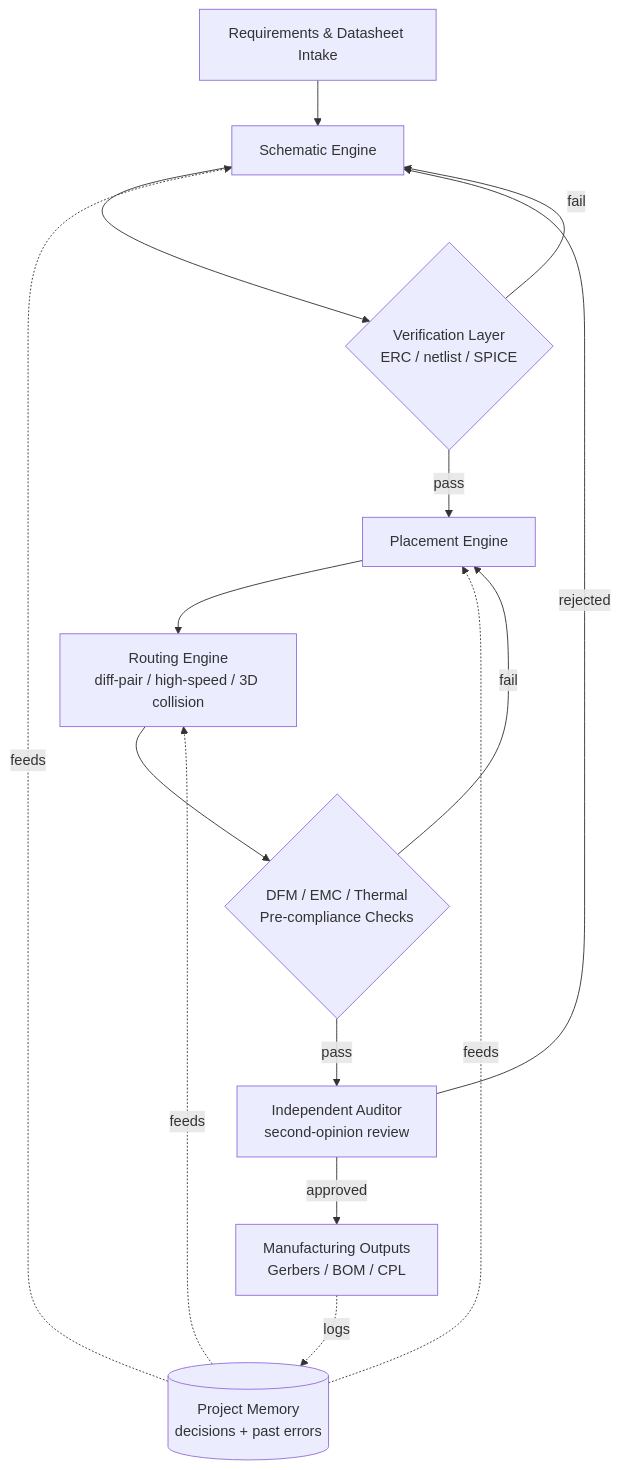
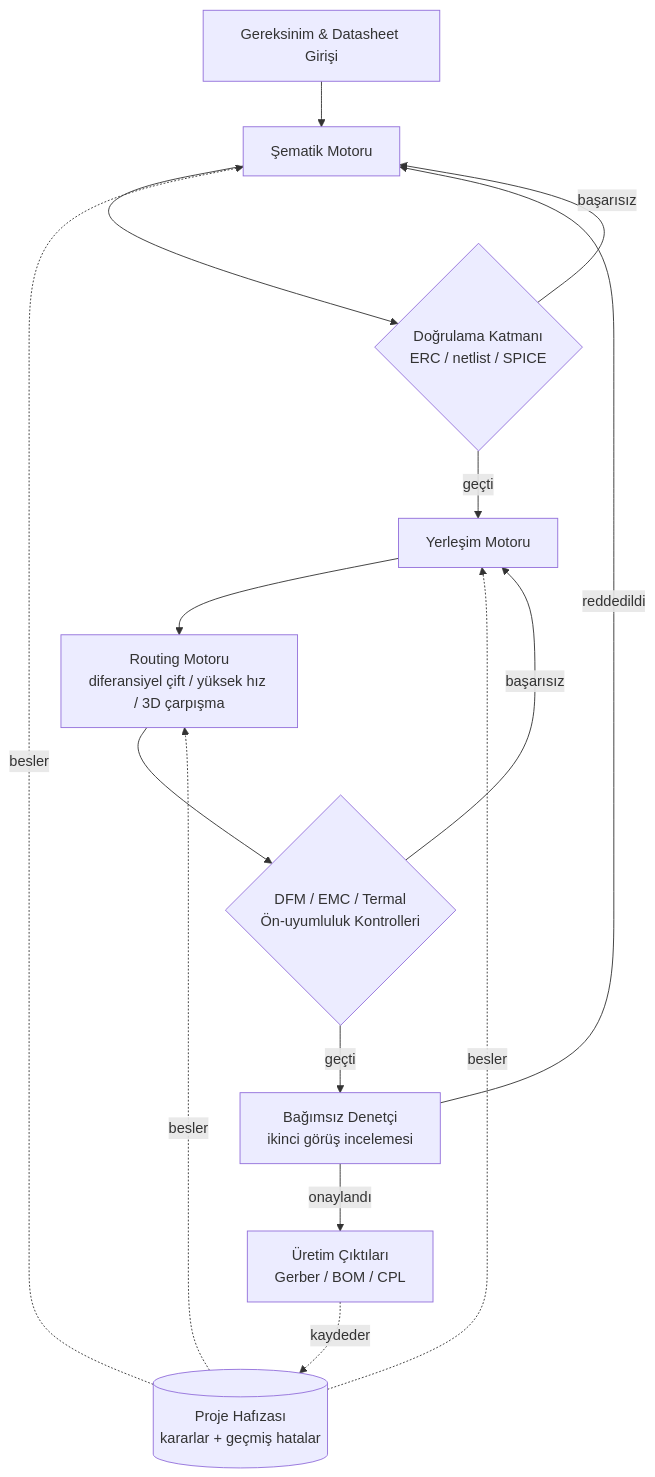
Before and after one commit to aycaozkann/autonomous-pcb-agent: the diagram in README.md, drawn with Mermaid. The commit also changed other lines of this file, not shown here.

````diff
--- a/README.md
+++ b/README.md
@@ -76,17 +75,17 @@
 ```mermaid
 flowchart TD
-    A[Requirements & Datasheet Intake] --> B[Schematic Engine]
-    B --> C{Verification Layer<br/>ERC / netlist / SPICE}
-    C -->|pass| D[Placement Engine]
-    C -->|fail| B
-    D --> E[Routing Engine<br/>diff-pair / high-speed / 3D collision]
-    E --> F{DFM / EMC / Thermal<br/>Pre-compliance Checks}
-    F -->|pass| G[Independent Auditor<br/>second-opinion review]
-    F -->|fail| D
-    G -->|approved| H[Manufacturing Outputs<br/>Gerbers / BOM / CPL]
-    G -->|rejected| B
-    M[(Project Memory<br/>decisions + past errors)] -.feeds.-> B
-    M -.feeds.-> D
-    M -.feeds.-> E
-    H -.logs.-> M
+    A[Gereksinim & Datasheet Girişi] --> B[Şematik Motoru]
+    B --> C{Doğrulama Katmanı<br/>ERC / netlist / SPICE}
+    C -->|geçti| D[Yerleşim Motoru]
+    C -->|başarısız| B
+    D --> E[Routing Motoru<br/>diferansiyel çift / yüksek hız / 3D çarpışma]
+    E --> F{DFM / EMC / Termal<br/>Ön-uyumluluk Kontrolleri}
+    F -->|geçti| G[Bağımsız Denetçi<br/>ikinci görüş incelemesi]
+    F -->|başarısız| D
+    G -->|onaylandı| H[Üretim Çıktıları<br/>Gerber / BOM / CPL]
+    G -->|reddedildi| B
+    M[(Proje Hafızası<br/>kararlar + geçmiş hatalar)] -.besler.-> B
+    M -.besler.-> D
+    M -.besler.-> E
+    H -.kaydeder.-> M
 ```
````
